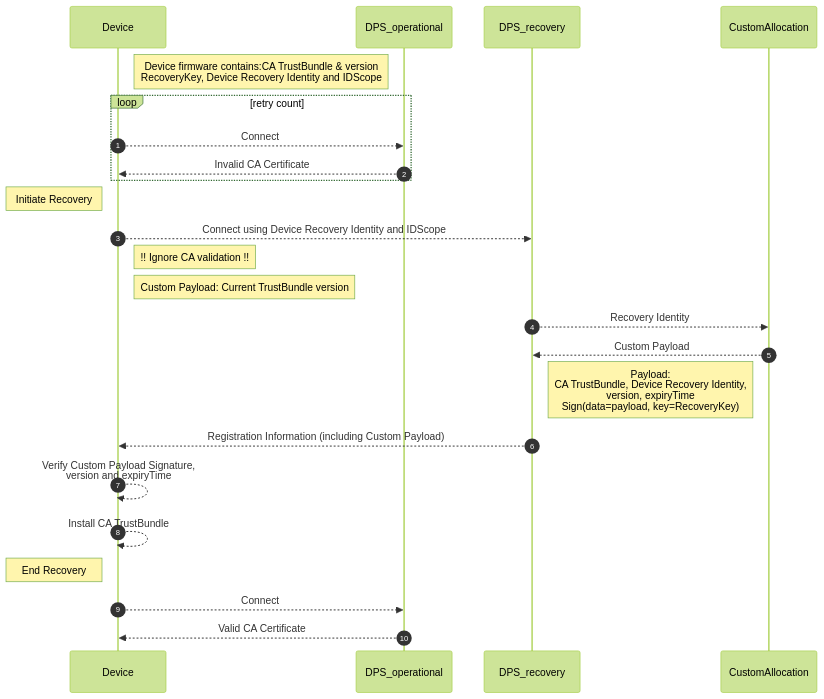
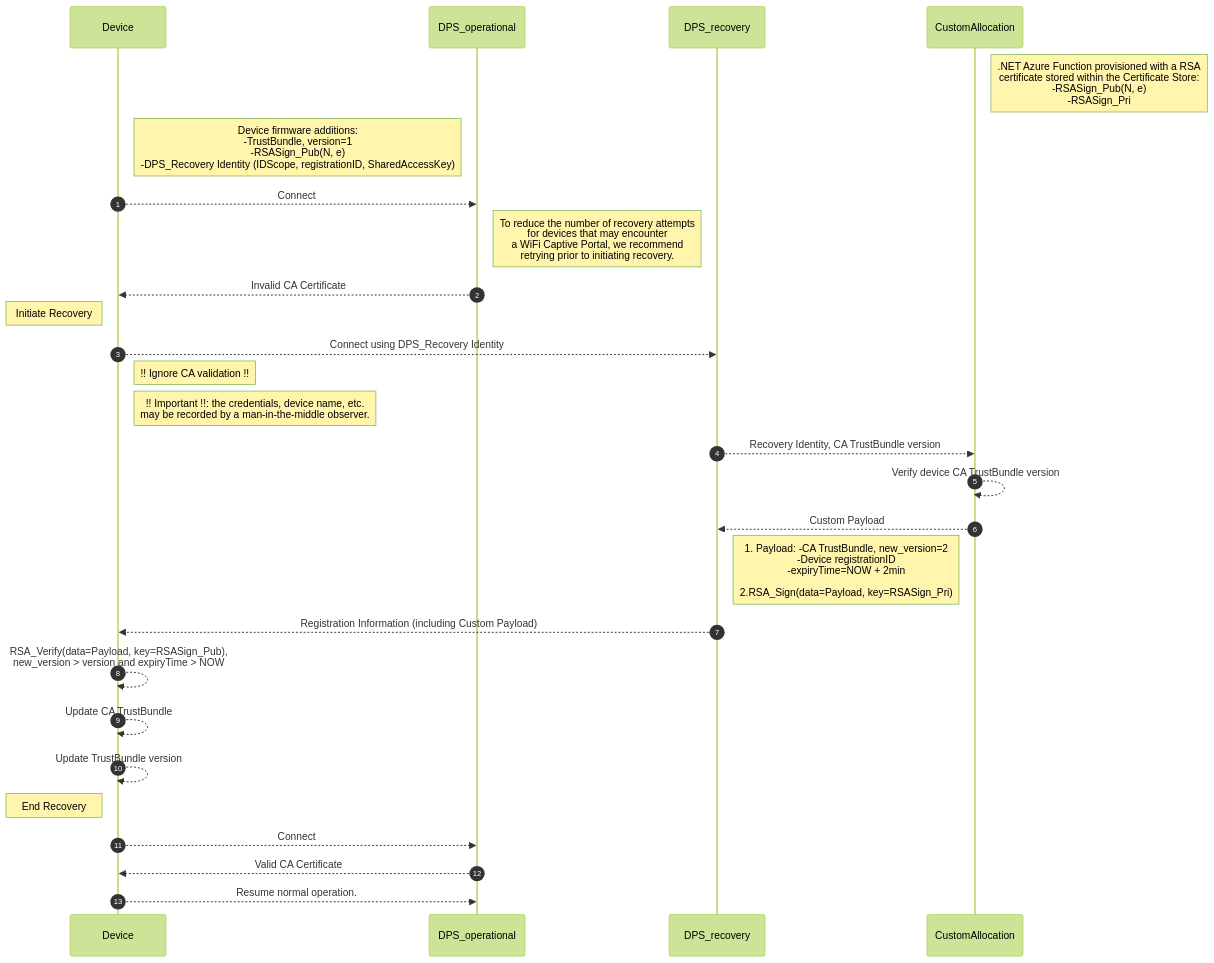
The diagram in demos/projects/ESPRESSIF/az-ca-recovery/README.md (Azure-Samples/iot-middleware-freertos-samples), drawn with Mermaid (forest theme) before and after one commit.

Commit message:
Updating CA-Recovery sequence diagram documentation.

````diff
--- a/demos/projects/ESPRESSIF/az-ca-recovery/README.md
+++ b/demos/projects/ESPRESSIF/az-ca-recovery/README.md
@@ -9,31 +9,36 @@
 ```mermaid
 sequenceDiagram
     autonumber
     participant Device
     participant DPS_operational
     participant DPS_recovery
     participant CustomAllocation
 
-    Note right of Device: Device firmware contains:CA TrustBundle &  version<br>RecoveryKey, Device Recovery Identity and IDScope
+    Note right of CustomAllocation: .NET Azure Function provisioned with a RSA<br> certificate stored within the Certificate Store:<br>-RSASign_Pub(N, e)<br>-RSASign_Pri
 
-    loop retry count
-        Device-->>DPS_operational: Connect
-        DPS_operational-->>Device: Invalid CA Certificate
-    end
+    Note right of Device: Device firmware additions:<br>-TrustBundle,   version=1<br>-RSASign_Pub(N, e)<br>-DPS_Recovery Identity (IDScope, registrationID, SharedAccessKey)
+
+    Device-->>DPS_operational: Connect
+    Note right of DPS_operational: To reduce the number of recovery attempts<br> for devices that may encounter <br>a WiFi Captive Portal, we recommend<br> retrying prior to initiating recovery.
+
+    DPS_operational-->>Device: Invalid CA Certificate
 
     Note left of Device: Initiate Recovery
-    Device-->>DPS_recovery: Connect using Device Recovery Identity and IDScope
+    Device-->>DPS_recovery: Connect using DPS_Recovery Identity
     Note right of Device: !! Ignore CA validation !!
-    Note right of Device: Custom Payload: Current TrustBundle version
+    Note right of Device: !! Important !!: the credentials, device name, etc.<br> may be recorded by a man-in-the-middle observer.
 
 
-    DPS_recovery-->>CustomAllocation: Recovery Identity
+    DPS_recovery-->>CustomAllocation: Recovery Identity, CA TrustBundle version
+    CustomAllocation-->>CustomAllocation: Verify device CA TrustBundle version
     CustomAllocation-->>DPS_recovery: Custom Payload
-    Note left of CustomAllocation: Payload: <br> CA TrustBundle, Device Recovery Identity,<br> version, expiryTime <br> Sign(data=payload, key=RecoveryKey)
+    Note left of CustomAllocation:1. Payload: -CA TrustBundle, new_version=2<br>-Device registrationID<br>-expiryTime=NOW + 2min<br><br>2.RSA_Sign(data=Payload, key=RSASign_Pri)
     DPS_recovery-->>Device: Registration Information (including Custom Payload)
-    Device-->>Device: Verify Custom Payload Signature,<br> version and expiryTime
-    Device-->>Device: Install CA TrustBundle
+    Device-->>Device: RSA_Verify(data=Payload, key=RSASign_Pub),<br> new_version > version and expiryTime > NOW
+    Device-->>Device: Update CA TrustBundle
+    Device-->>Device: Update TrustBundle version
     Note left of Device: End Recovery
     Device-->>DPS_operational: Connect
     DPS_operational-->>Device: Valid CA Certificate
+    Device-->>DPS_operational: Resume normal operation.
 ```
````
